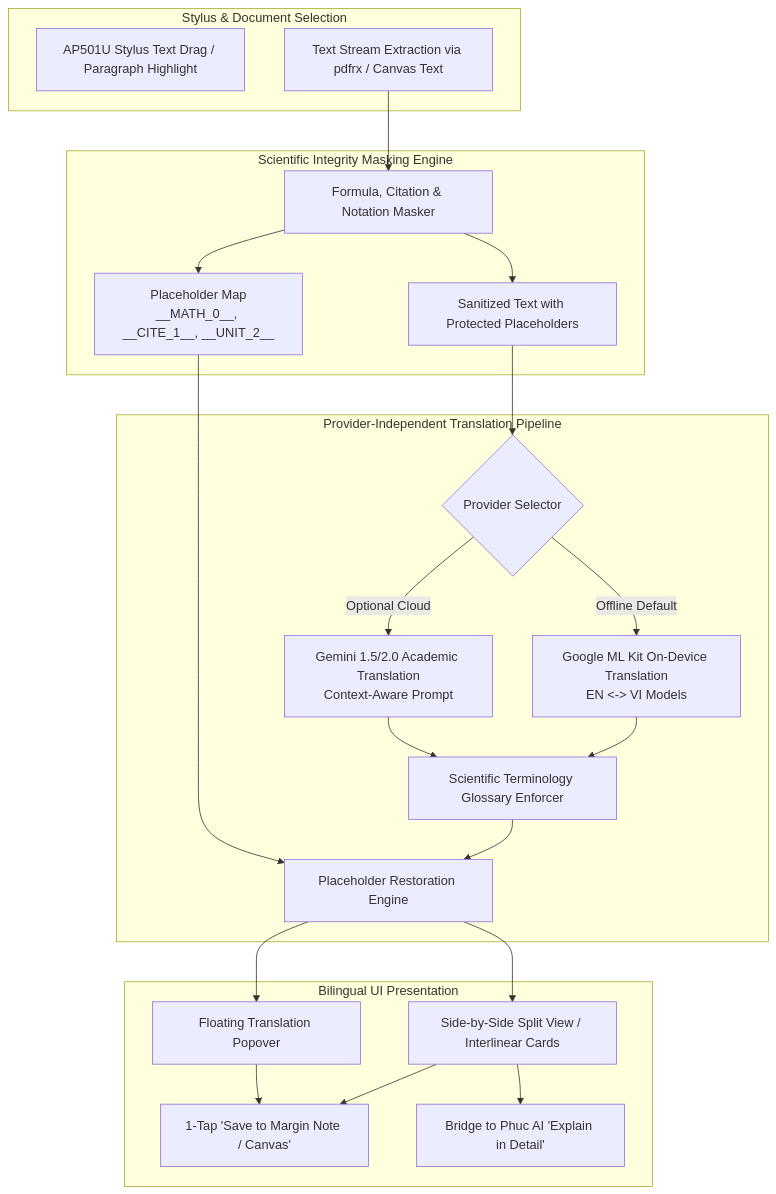
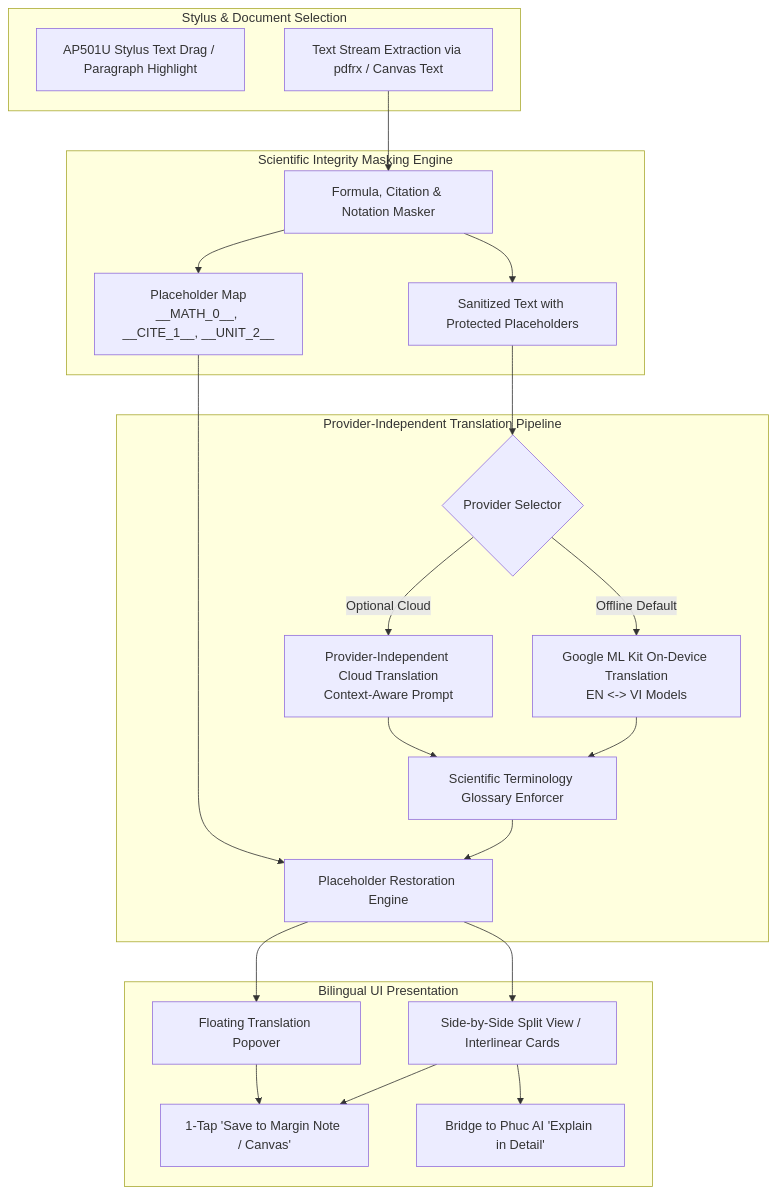
One commit to Phuchello/PHUCNOTE changed the fourth of 4 diagrams in ARCHITECTURE.md. Above: the diagram before and after it, drawn with Mermaid. The commit also changed other lines of this file and 6 other files, not shown here.

Commit message:
docs: post-audit corrections for Y700 Gen 4 specs, empirical stylus, and provider-independent AI [CHECKPOINT-04-POST-AUDIT-CORRECTIONS]

````diff
--- a/ARCHITECTURE.md
+++ b/ARCHITECTURE.md
@@ -328,31 +329,31 @@
 ```mermaid
 flowchart TD
     subgraph Input_Selection["Stylus & Document Selection"]
         P1[AP501U Stylus Text Drag / Paragraph Highlight]
         P2[Text Stream Extraction via pdfrx / Canvas Text]
     end
 
     subgraph Sanitizer["Scientific Integrity Masking Engine"]
         P2 --> MASK[Formula, Citation & Notation Masker]
         MASK --> M_TEXT[Sanitized Text with Protected Placeholders]
         MASK --> P_TOKENS[Placeholder Map\n__MATH_0__, __CITE_1__, __UNIT_2__]
     end
 
     subgraph Translation_Engine["Provider-Independent Translation Pipeline"]
         M_TEXT --> ROUTE{Provider Selector}
         ROUTE -->|Offline Default| MLKIT[Google ML Kit On-Device Translation\nEN <-> VI Models]
-        ROUTE -->|Optional Cloud| GEMINI[Gemini 1.5/2.0 Academic Translation\nContext-Aware Prompt]
+        ROUTE -->|Optional Cloud| CLOUD_LLM[Provider-Independent Cloud Translation\nContext-Aware Prompt]
         MLKIT --> GLOSS[Scientific Terminology Glossary Enforcer]
-        GEMINI --> GLOSS
+        CLOUD_LLM --> GLOSS
         GLOSS --> UNMASK[Placeholder Restoration Engine]
         P_TOKENS --> UNMASK
     end
 
     subgraph Output_Presentation["Bilingual UI Presentation"]
         UNMASK --> OUT1[Side-by-Side Split View / Interlinear Cards]
         UNMASK --> OUT2[Floating Translation Popover]
         OUT1 --> ACTION[1-Tap 'Save to Margin Note / Canvas']
         OUT2 --> ACTION
         OUT1 --> BRIDGE[Bridge to Phuc AI 'Explain in Detail']
     end
 ```
````
